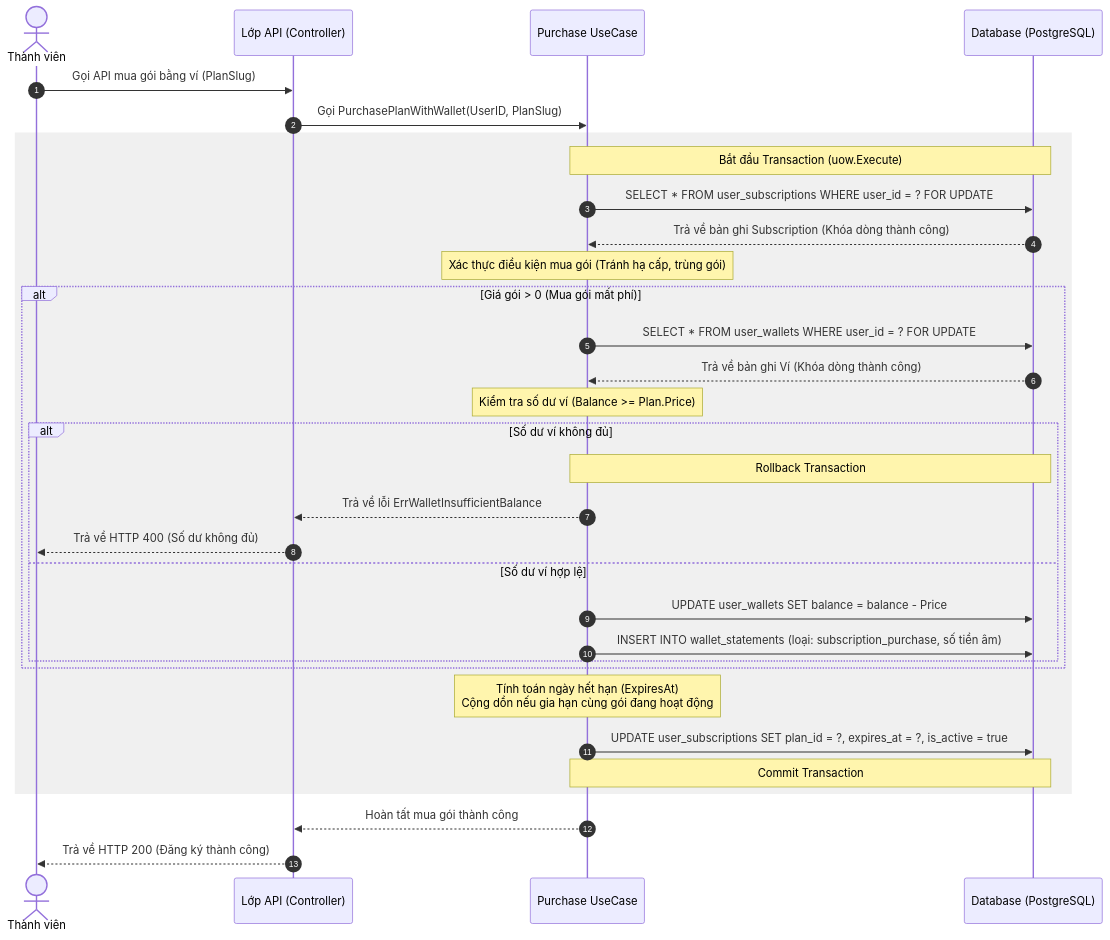
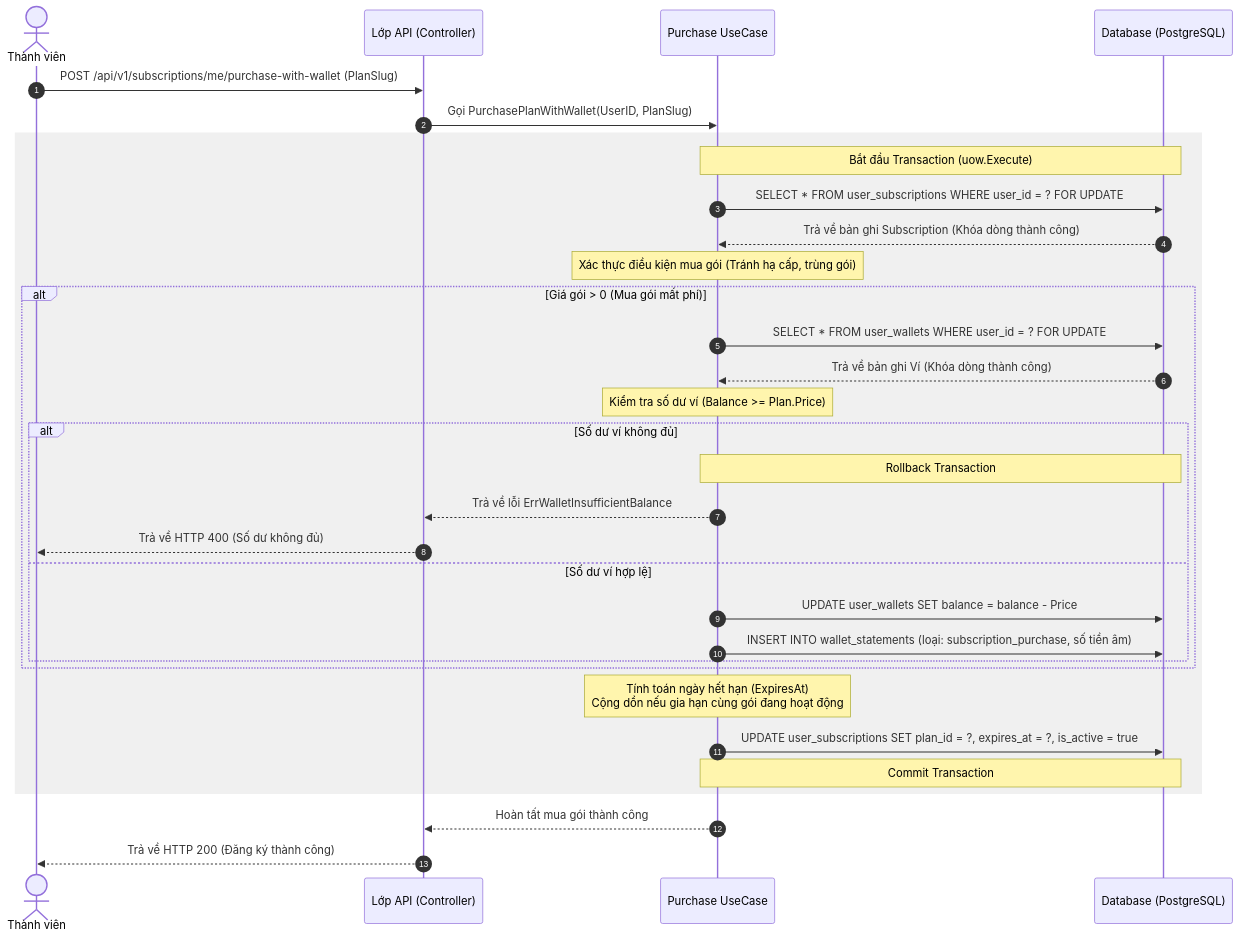
Before and after one commit to hycat-team/smart-wardrobe-be: the first of 2 diagrams in docs/business/CORE_FEATURE_FLOWS.md, drawn with Mermaid. The commit also changed other lines of this file, not shown here.

````diff
--- a/docs/business/CORE_FEATURE_FLOWS.md
+++ b/docs/business/CORE_FEATURE_FLOWS.md
@@ -288,40 +288,40 @@
 ```mermaid
 sequenceDiagram
     autonumber
     actor User as Thành viên
     participant API as Lớp API (Controller)
     participant UC as Purchase UseCase
     participant DB as Database (PostgreSQL)
 
-    User->>API: Gọi API mua gói bằng ví (PlanSlug)
+    User->>API: POST /api/v1/subscriptions/me/purchase-with-wallet (PlanSlug)
     API->>UC: Gọi PurchasePlanWithWallet(UserID, PlanSlug)
     
     rect rgb(240, 240, 240)
         Note over UC, DB: Bắt đầu Transaction (uow.Execute)
         UC->>DB: SELECT * FROM user_subscriptions WHERE user_id = ? FOR UPDATE
         DB-->>UC: Trả về bản ghi Subscription (Khóa dòng thành công)
         Note over UC: Xác thực điều kiện mua gói (Tránh hạ cấp, trùng gói)
         
         alt Giá gói > 0 (Mua gói mất phí)
             UC->>DB: SELECT * FROM user_wallets WHERE user_id = ? FOR UPDATE
             DB-->>UC: Trả về bản ghi Ví (Khóa dòng thành công)
             Note over UC: Kiểm tra số dư ví (Balance >= Plan.Price)
             
             alt Số dư ví không đủ
                 Note over UC, DB: Rollback Transaction
                 UC-->>API: Trả về lỗi ErrWalletInsufficientBalance
                 API-->>User: Trả về HTTP 400 (Số dư không đủ)
             else Số dư ví hợp lệ
                 UC->>DB: UPDATE user_wallets SET balance = balance - Price
                 UC->>DB: INSERT INTO wallet_statements (loại: subscription_purchase, số tiền âm)
             end
         end
 
         Note over UC: Tính toán ngày hết hạn (ExpiresAt)<br/>Cộng dồn nếu gia hạn cùng gói đang hoạt động
         UC->>DB: UPDATE user_subscriptions SET plan_id = ?, expires_at = ?, is_active = true
         Note over UC, DB: Commit Transaction
     end
 
     UC-->>API: Hoàn tất mua gói thành công
     API-->>User: Trả về HTTP 200 (Đăng ký thành công)
 ```
````
